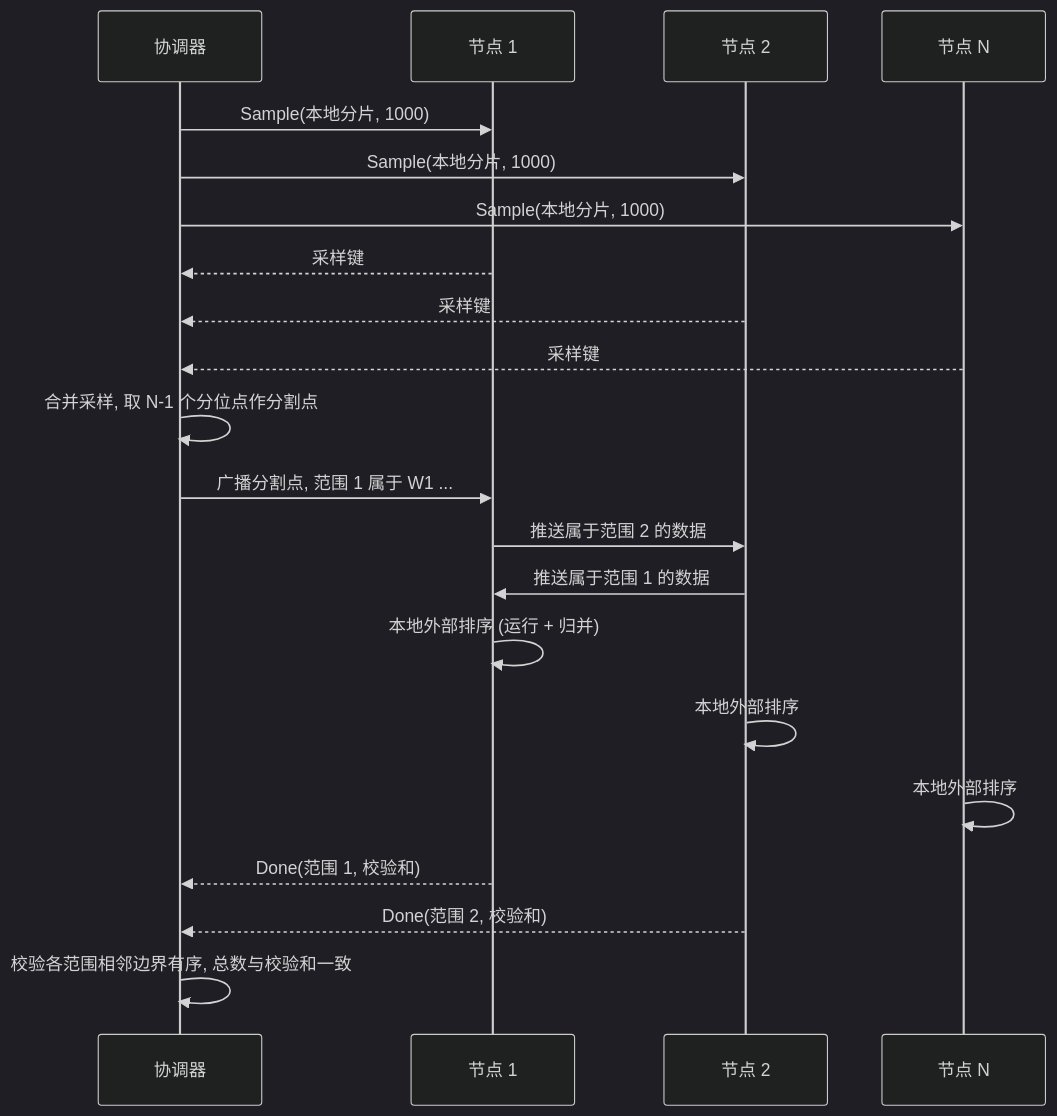
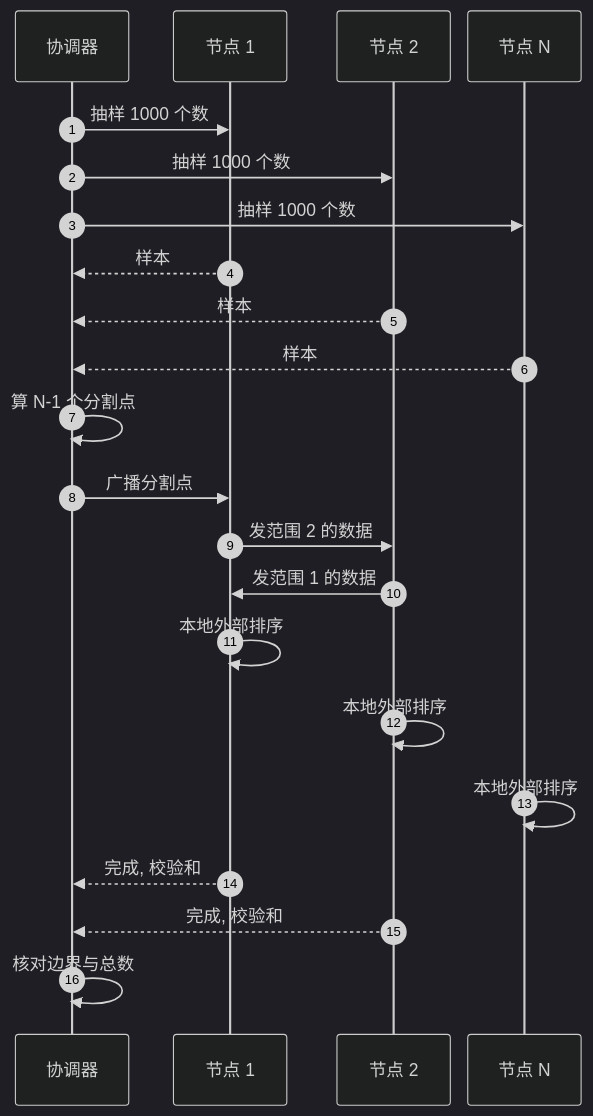
One commit to ChiChasesCheese/trellis changed the second of 3 diagrams in vault/interviews/core/system-design/sd07-external-sort.md. Above: the diagram before and after it, drawn with Mermaid (dark theme). The commit also changed other lines of this file and 69 other files, not shown here.

First line of the commit message:
Rewrite pass to WRITING_RULES: SD01-07, LLD amazon leaves 5-12, coding notes + cards; diagrams fit the page

````diff
--- a/vault/interviews/core/system-design/sd07-external-sort.md
+++ b/vault/interviews/core/system-design/sd07-external-sort.md
@@ -129,23 +129,25 @@
 ```mermaid
+%%{init: {'sequence': {'actorMargin': 16, 'width': 104, 'messageMargin': 28}}}%%
 sequenceDiagram
+    autonumber
     participant C as 协调器
     participant W1 as 节点 1
     participant W2 as 节点 2
     participant WN as 节点 N
-    C->>W1: Sample(本地分片, 1000)
-    C->>W2: Sample(本地分片, 1000)
-    C->>WN: Sample(本地分片, 1000)
-    W1-->>C: 采样键
-    W2-->>C: 采样键
-    WN-->>C: 采样键
-    C->>C: 合并采样, 取 N-1 个分位点作分割点
-    C->>W1: 广播分割点, 范围 1 属于 W1 ...
-    W1->>W2: 推送属于范围 2 的数据
-    W2->>W1: 推送属于范围 1 的数据
-    W1->>W1: 本地外部排序 (运行 + 归并)
+    C->>W1: 抽样 1000 个数
+    C->>W2: 抽样 1000 个数
+    C->>WN: 抽样 1000 个数
+    W1-->>C: 样本
+    W2-->>C: 样本
+    WN-->>C: 样本
+    C->>C: 算 N-1 个分割点
+    C->>W1: 广播分割点
+    W1->>W2: 发范围 2 的数据
+    W2->>W1: 发范围 1 的数据
+    W1->>W1: 本地外部排序
     W2->>W2: 本地外部排序
     WN->>WN: 本地外部排序
-    W1-->>C: Done(范围 1, 校验和)
-    W2-->>C: Done(范围 2, 校验和)
-    C->>C: 校验各范围相邻边界有序, 总数与校验和一致
+    W1-->>C: 完成, 校验和
+    W2-->>C: 完成, 校验和
+    C->>C: 核对边界与总数
 ```
````
